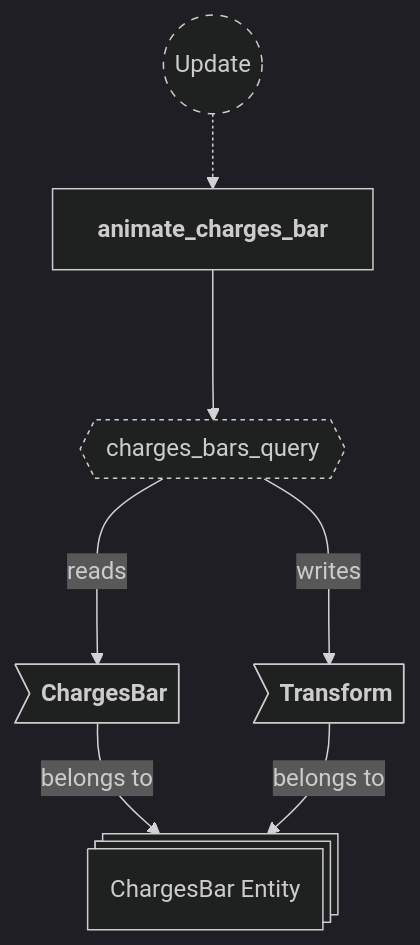
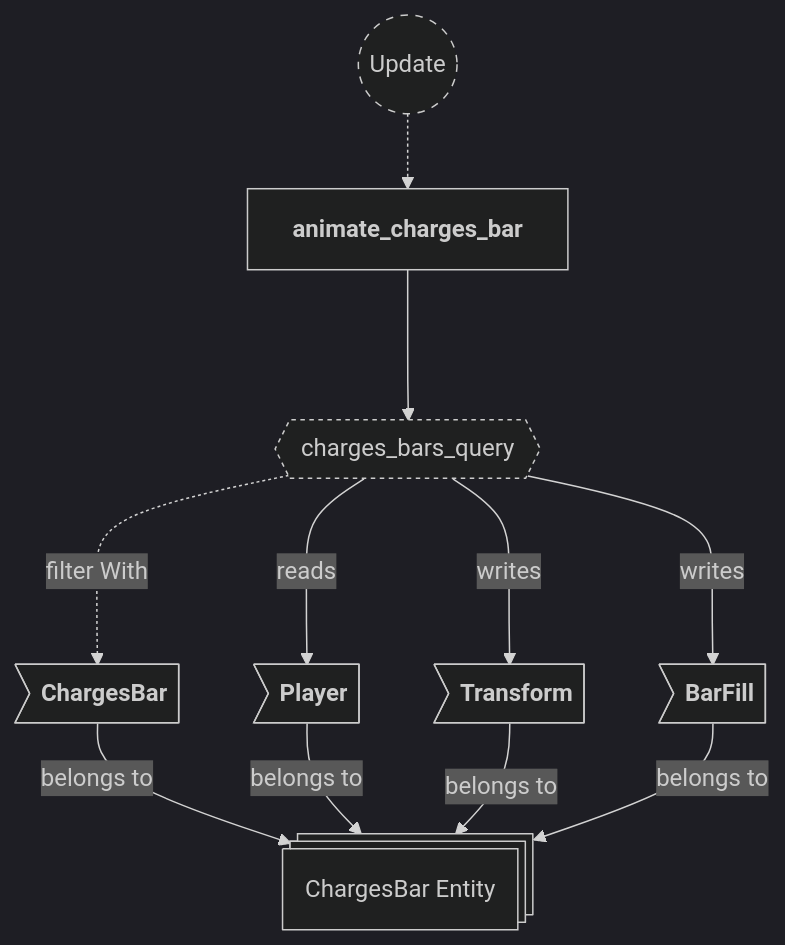
One commit to neurosoup/tyled changed diagram 21 of 22 in backlog/docs/doc-14 - 012-HUD-plugin.md. Above: the diagram before and after it, drawn with Mermaid. The commit also changed other lines of this file and 2 other files, not shown here.

````diff
--- a/backlog/docs/doc-14 - 012-HUD-plugin.md
+++ b/backlog/docs/doc-14 - 012-HUD-plugin.md
@@ -761,26 +797,30 @@
 ```mermaid
 ---
 config:
   theme: dark
 ---
 
 flowchart TD
 classDef system-group stroke-dasharray: 5 5
 classDef query stroke-dasharray: 3 3
 
 update(("`Update`")):::system-group
 animate_charges_bar["`**animate_charges_bar**`"]
 
 update -.-> animate_charges_bar
 
 charges_bars_query{{"`charges_bars_query`"}}:::query
 animate_charges_bar ---> charges_bars_query
 
 charges_bar_entity@{ shape: st-rect, label: "ChargesBar Entity" }
 
 cb_bar>"`**ChargesBar**`"] --> |belongs to| charges_bar_entity
+cb_player>"`**Player**`"] --> |belongs to| charges_bar_entity
 cb_transform>"`**Transform**`"] --> |belongs to| charges_bar_entity
+cb_fill>"`**BarFill**`"] --> |belongs to| charges_bar_entity
 
-charges_bars_query ---> |reads| cb_bar
+charges_bars_query ---> |reads| cb_player
 charges_bars_query ---> |writes| cb_transform
+charges_bars_query ---> |writes| cb_fill
+charges_bars_query -..-> |filter With| cb_bar
 ```
````
